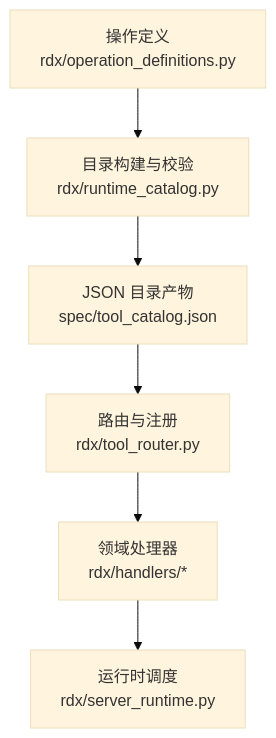
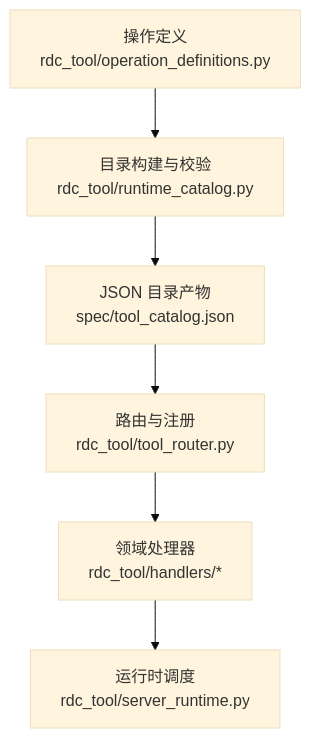
The first of 7 diagrams in .qoder/repowiki/zh/content/开发指南/添加新操作/操作注册机制.md (haolange/RDC-Tool), drawn with Mermaid (base theme) before and after one commit. The commit also changed other lines of this file and 388 other files, not shown here.

First line of the commit message:
Release RDC-Tool identity and public maintenance surface

````diff
--- a/.qoder/repowiki/zh/content/开发指南/添加新操作/操作注册机制.md
+++ b/.qoder/repowiki/zh/content/开发指南/添加新操作/操作注册机制.md
@@ -51,8 +51,8 @@
 ```mermaid
 graph TB
-A["操作定义<br/>rdx/operation_definitions.py"] --> B["目录构建与校验<br/>rdx/runtime_catalog.py"]
+A["操作定义<br/>rdc_tool/operation_definitions.py"] --> B["目录构建与校验<br/>rdc_tool/runtime_catalog.py"]
 B --> C["JSON 目录产物<br/>spec/tool_catalog.json"]
-C --> D["路由与注册<br/>rdx/tool_router.py"]
-D --> E["领域处理器<br/>rdx/handlers/*"]
-E --> F["运行时调度<br/>rdx/server_runtime.py"]
+C --> D["路由与注册<br/>rdc_tool/tool_router.py"]
+D --> E["领域处理器<br/>rdc_tool/handlers/*"]
+E --> F["运行时调度<br/>rdc_tool/server_runtime.py"]
 ```
````
